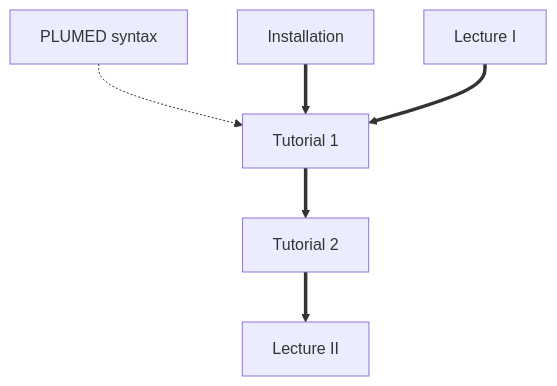
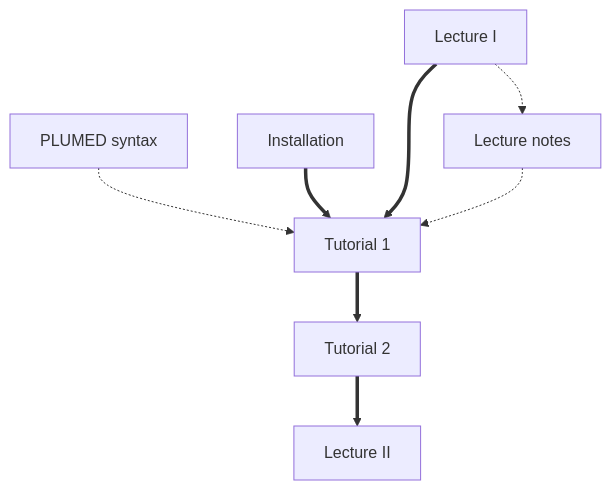
One commit to maxbonomi/EMMIVox-Plumed-Tutorials changed the diagram in NAVIGATION.md. Above: the diagram before and after it, drawn with Mermaid.

Commit message:
add slides

````diff
--- a/NAVIGATION.md
+++ b/NAVIGATION.md
@@ -54,14 +54,17 @@
 ```mermaid
 flowchart TB;
   A[PLUMED syntax] -.-> D[Tutorial 1];
-  B[Installation] ==> D[Tutorial 1];
-  C[Lecture I] ==> D[Tutorial 1];
+  B[Installation] ==> D;
+  C[Lecture I] ==> D;
+  C -.-> G[Lecture notes];
+  G -.-> D;
   D ==> E[Tutorial 2];
   E ==> F[Lecture II];
   click A "ref1" "This lesson teaches you the basic features of the PLUMED input syntax with a particular focus on PBCs and selection tools";
   click B "install.md" "Installation instructions";
   click C "video1" "A lecture that was given on November 28th 2022 as part of the PLUMED masterclass series that introduces you to the exercises in this lesson";
   click D "01.md" "First tutorial to perform single-structure refinement with EMMIVox";
   click E "02.md" "Second tutorial to perform ensemble refinement with EMMIVox";
   click F "video2" "A lecture that was given on December 5th 2022 as part of the PLUMED masterclass series that goes through the solutions to the exercises in the lesson";
+  click G "slides/slides_theory.pdf" "Slides of the theoretical lecture";
 ```
````
